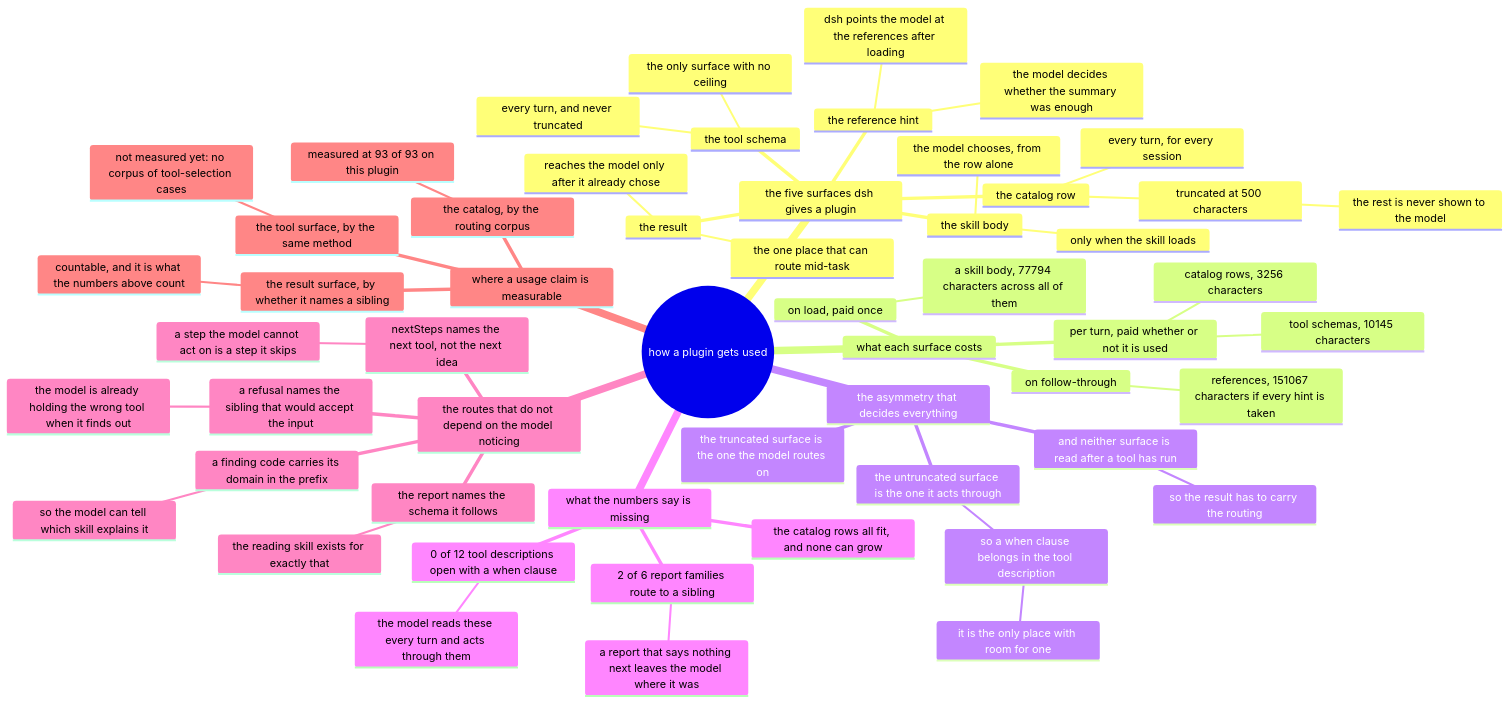
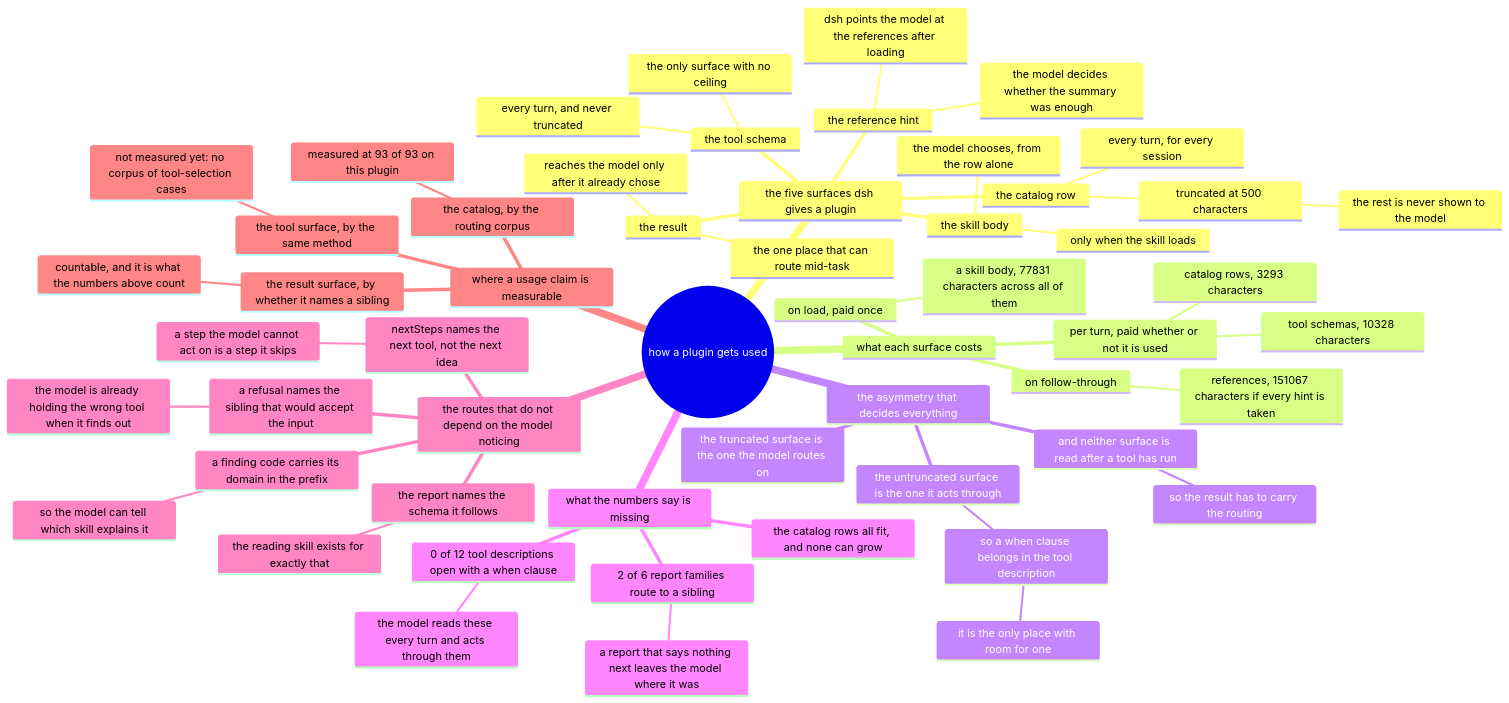
Before and after one commit to AmethystLuna/dsh-model-everything: the diagram in docs/usage/mindmap.mmd, drawn with Mermaid. The commit also changed 17 other files, not shown here.

```diff
--- a/docs/usage/mindmap.mmd
+++ b/docs/usage/mindmap.mmd
@@ -1,56 +1,56 @@
 mindmap
 root((how a plugin gets used))
   the five surfaces dsh gives a plugin
     the catalog row
       every turn, for every session
       truncated at 500 characters
         the rest is never shown to the model
     the skill body
       only when the skill loads
       the model chooses, from the row alone
     the reference hint
       dsh points the model at the references after loading
       the model decides whether the summary was enough
     the tool schema
       every turn, and never truncated
       the only surface with no ceiling
     the result
       reaches the model only after it already chose
       the one place that can route mid-task
   what each surface costs
     per turn, paid whether or not it is used
-      catalog rows, 3256 characters
-      tool schemas, 10145 characters
+      catalog rows, 3293 characters
+      tool schemas, 10328 characters
     on load, paid once
-      a skill body, 77794 characters across all of them
+      a skill body, 77831 characters across all of them
     on follow-through
       references, 151067 characters if every hint is taken
   the asymmetry that decides everything
     the truncated surface is the one the model routes on
     the untruncated surface is the one it acts through
       so a when clause belongs in the tool description
         it is the only place with room for one
     and neither surface is read after a tool has run
       so the result has to carry the routing
   what the numbers say is missing
     0 of 12 tool descriptions open with a when clause
       the model reads these every turn and acts through them
     2 of 6 report families route to a sibling
       a report that says nothing next leaves the model where it was
     the catalog rows all fit, and none can grow
   the routes that do not depend on the model noticing
     a refusal names the sibling that would accept the input
       the model is already holding the wrong tool when it finds out
     nextSteps names the next tool, not the next idea
       a step the model cannot act on is a step it skips
     a finding code carries its domain in the prefix
       so the model can tell which skill explains it
     the report names the schema it follows
       the reading skill exists for exactly that
   where a usage claim is measurable
     the catalog, by the routing corpus
       measured at 93 of 93 on this plugin
     the tool surface, by the same method
       not measured yet: no corpus of tool-selection cases
     the result surface, by whether it names a sibling
       countable, and it is what the numbers above count
```
